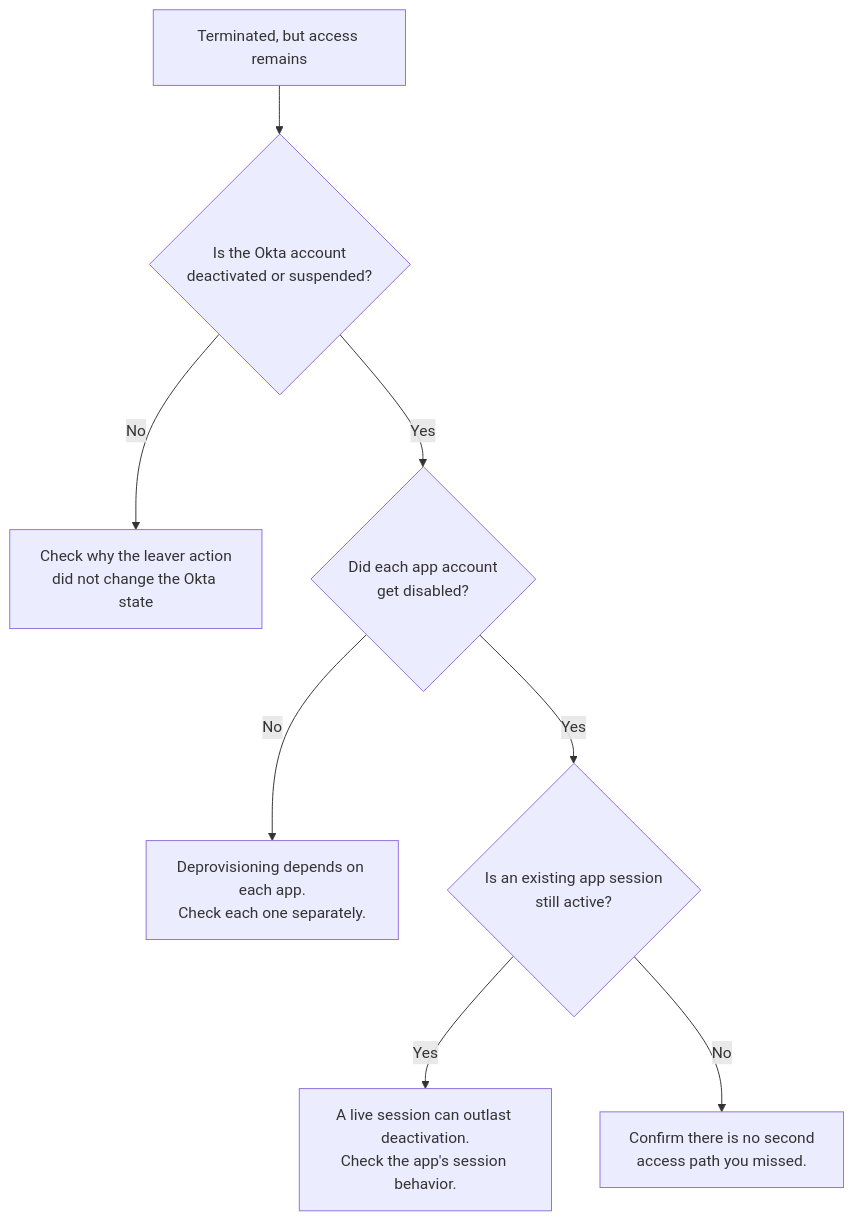
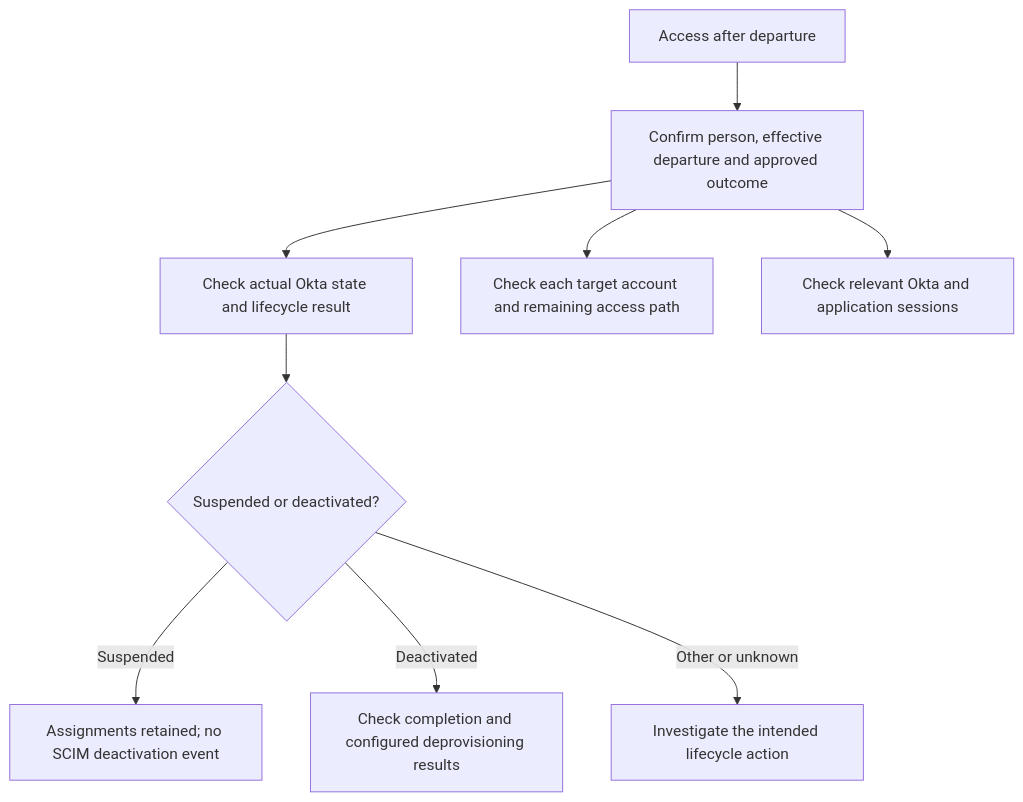
Before and after one commit to TedxHarry/Okta_Theory: the fifth of 7 diagrams in reference/troubleshooting-playbook.md, drawn with Mermaid. The commit also changed other lines of this file and 63 other files, not shown here.

Commit message:
Clarify course references and repair Pages navigation and diagrams

````diff
--- a/reference/troubleshooting-playbook.md
+++ b/reference/troubleshooting-playbook.md
@@ -73,10 +81,11 @@
 ```mermaid
 flowchart TD
-  S["Terminated, but access remains"] --> Q1{"Is the Okta account<br/>deactivated or suspended?"}
-  Q1 -->|No| A1["Check why the leaver action<br/>did not change the Okta state"]
-  Q1 -->|Yes| Q2{"Did each app account<br/>get disabled?"}
-  Q2 -->|No| A2["Deprovisioning depends on each app.<br/>Check each one separately."]
-  Q2 -->|Yes| Q3{"Is an existing app session<br/>still active?"}
-  Q3 -->|Yes| A3["A live session can outlast deactivation.<br/>Check the app's session behavior."]
-  Q3 -->|No| A4["Confirm there is no second<br/>access path you missed."]
+  S["Access after departure"] --> O["Confirm person, effective departure and approved outcome"]
+  O --> K["Check actual Okta state and lifecycle result"]
+  O --> T["Check each target account and remaining access path"]
+  O --> U["Check relevant Okta and application sessions"]
+  K --> Q{"Suspended or deactivated?"}
+  Q -->|Suspended| A["Assignments retained; no SCIM deactivation event"]
+  Q -->|Deactivated| B["Check completion and configured deprovisioning results"]
+  Q -->|Other or unknown| C["Investigate the intended lifecycle action"]
 ```
````
